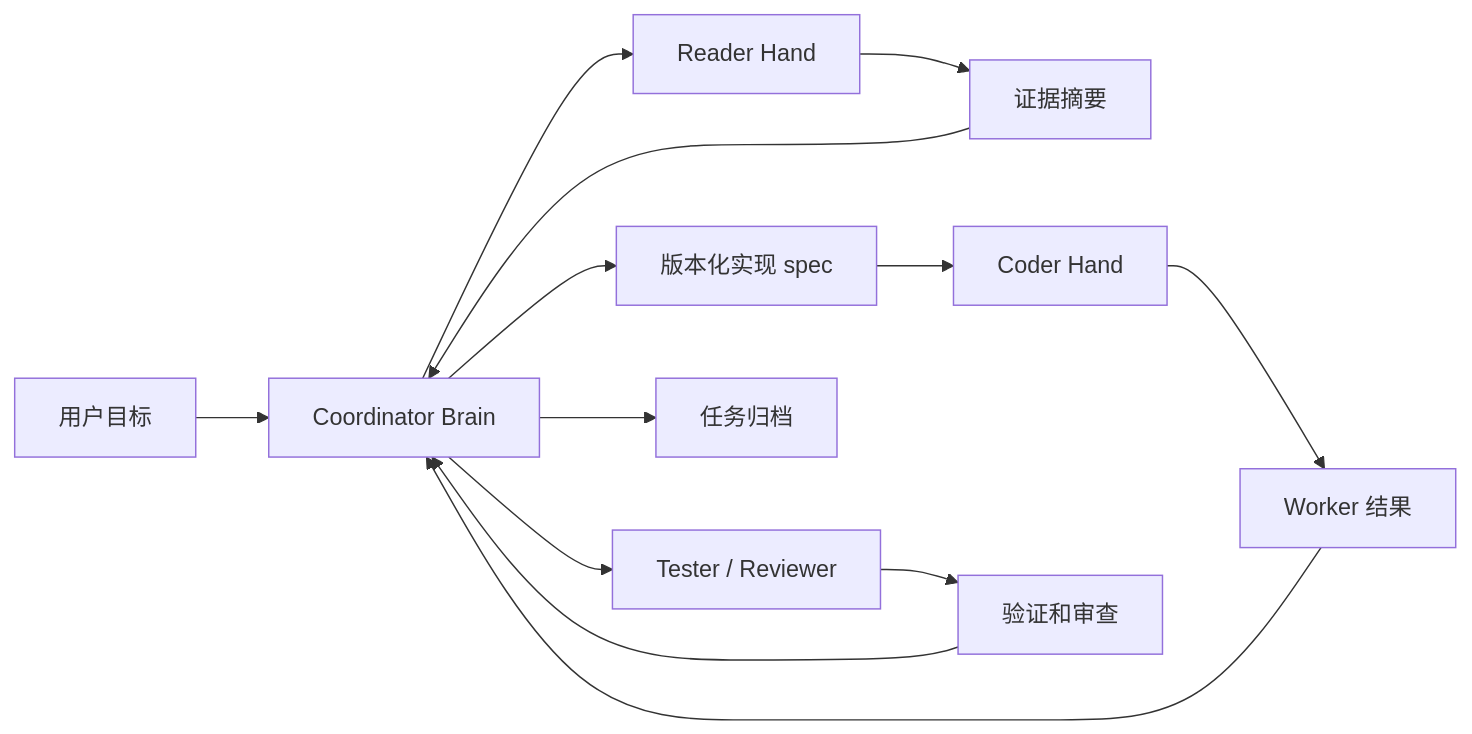
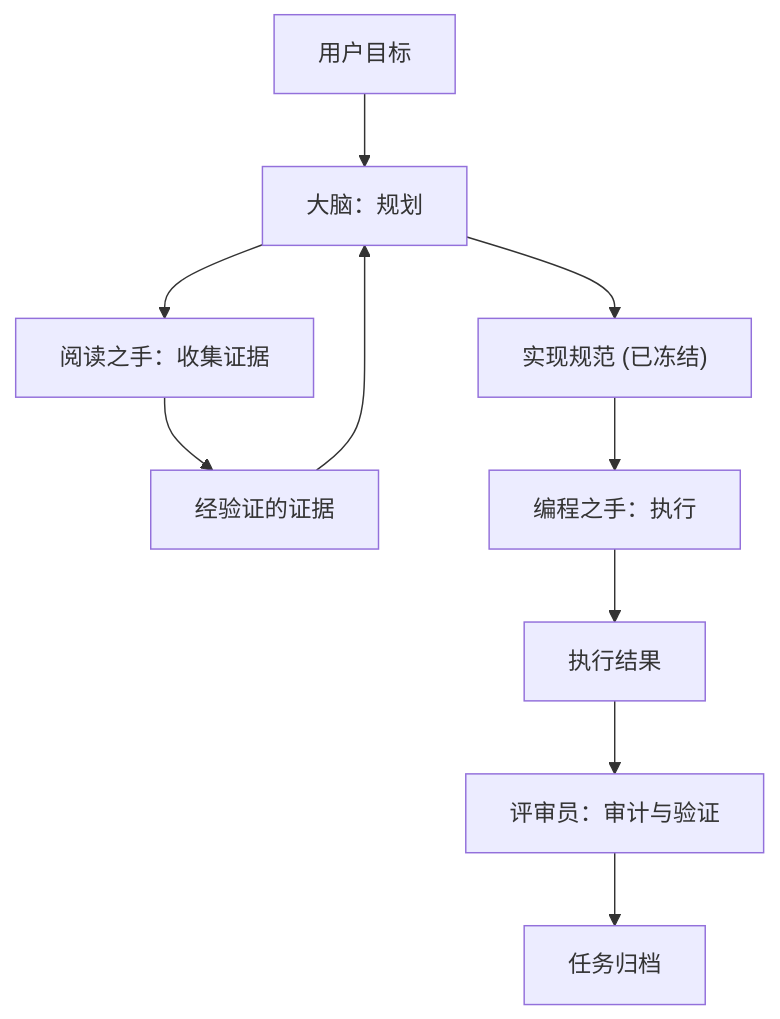
The diagram in README.zh-CN.md (mushang0/MindHandsHarness), drawn with Mermaid before and after one commit. The commit also changed other lines of this file and 14 other files, not shown here.

````diff
--- a/README.zh-CN.md
+++ b/README.zh-CN.md
@@ -30,15 +27,12 @@
 ```mermaid
-flowchart LR
-    User["用户目标"] --> Brain["Coordinator Brain"]
-    Brain --> Reader["Reader Hand"]
-    Reader --> Evidence["证据摘要"]
+flowchart TD
+    Goal["用户目标"] --> Brain["大脑：规划"]
+    Brain --> Reader["阅读之手：收集证据"]
+    Reader --> Evidence["经验证的证据"]
     Evidence --> Brain
-    Brain --> Spec["版本化实现 spec"]
-    Spec --> Coder["Coder Hand"]
-    Coder --> Result["Worker 结果"]
-    Result --> Brain
-    Brain --> Tester["Tester / Reviewer"]
-    Tester --> Proof["验证和审查"]
-    Proof --> Brain
-    Brain --> Archive["任务归档"]
+    Brain --> Spec["实现规范 (已冻结)"]
+    Spec --> Coder["编程之手：执行"]
+    Coder --> Result["执行结果"]
+    Result --> Reviewer["评审员：审计与验证"]
+    Reviewer --> Archive["任务归档"]
 ```
````
